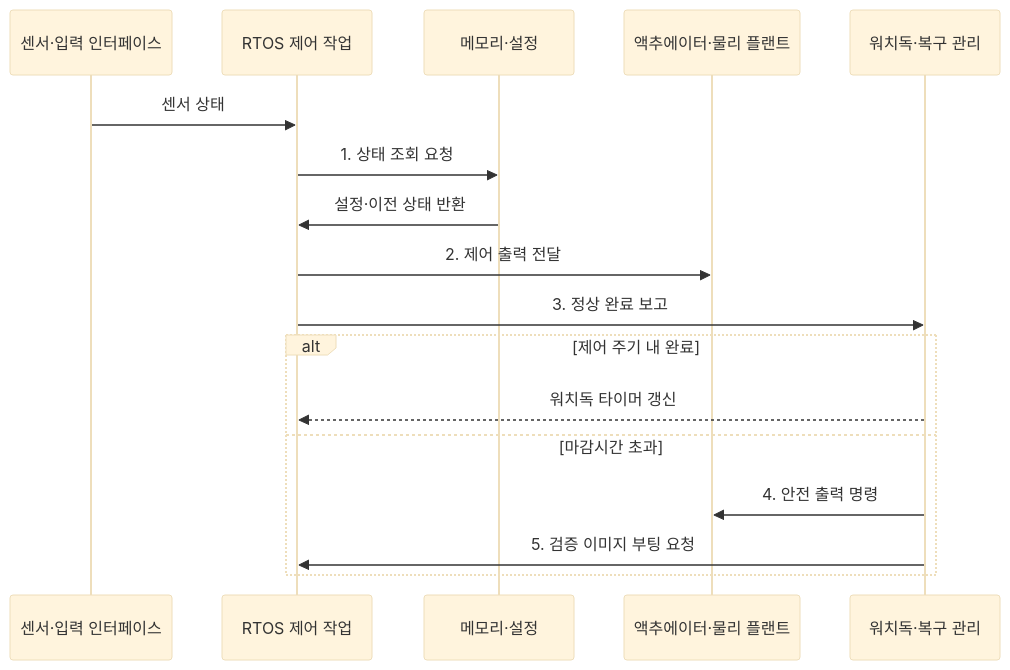
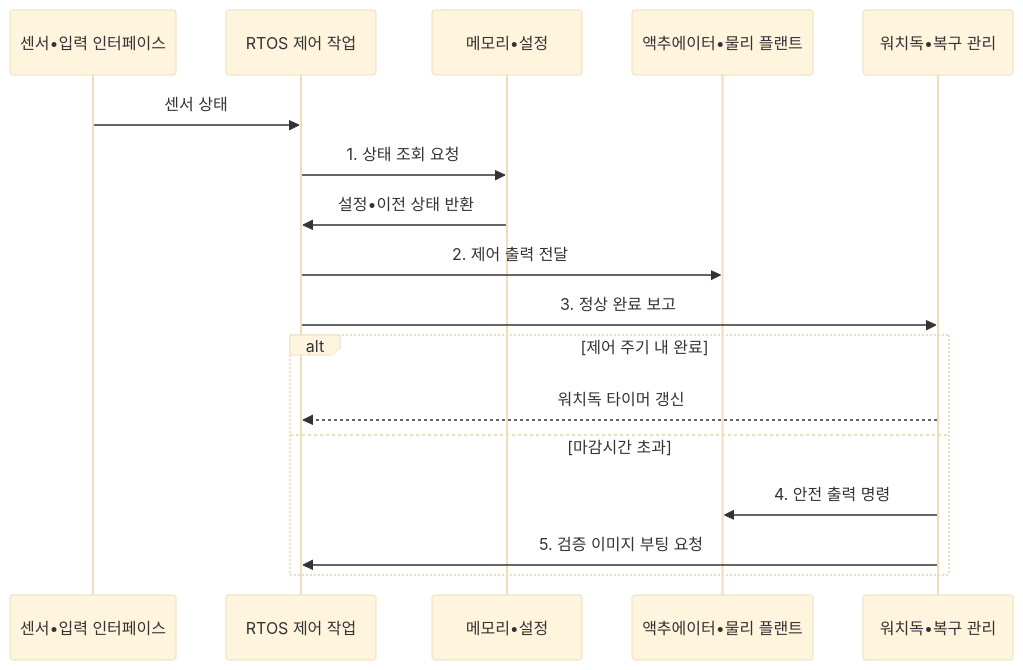
The second of 2 diagrams in src/content/docs/notes/02-hardware/060_embedded_system_architecture.md (agnusdei1207/knowledge-base), drawn with Mermaid (base theme) before and after one commit. The commit also changed other lines of this file and 953 other files, not shown here.

````diff
--- a/src/content/docs/notes/02-hardware/060_embedded_system_architecture.md
+++ b/src/content/docs/notes/02-hardware/060_embedded_system_architecture.md
@@ -105,20 +105,20 @@
 ```mermaid
 sequenceDiagram
-    participant S as 센서·입력 인터페이스
+    participant S as 센서•입력 인터페이스
     participant C as RTOS 제어 작업
-    participant M as 메모리·설정
-    participant O as 액추에이터·물리 플랜트
-    participant W as 워치독·복구 관리
+    participant M as 메모리•설정
+    participant O as 액추에이터•물리 플랜트
+    participant W as 워치독•복구 관리
 
     S->>C: 센서 상태
     C->>M: 1. 상태 조회 요청
-    M->>C: 설정·이전 상태 반환
+    M->>C: 설정•이전 상태 반환
     C->>O: 2. 제어 출력 전달
     C->>W: 3. 정상 완료 보고
     alt 제어 주기 내 완료
         W-->>C: 워치독 타이머 갱신
     else 마감시간 초과
         W->>O: 4. 안전 출력 명령
         W->>C: 5. 검증 이미지 부팅 요청
     end
 ```
````
